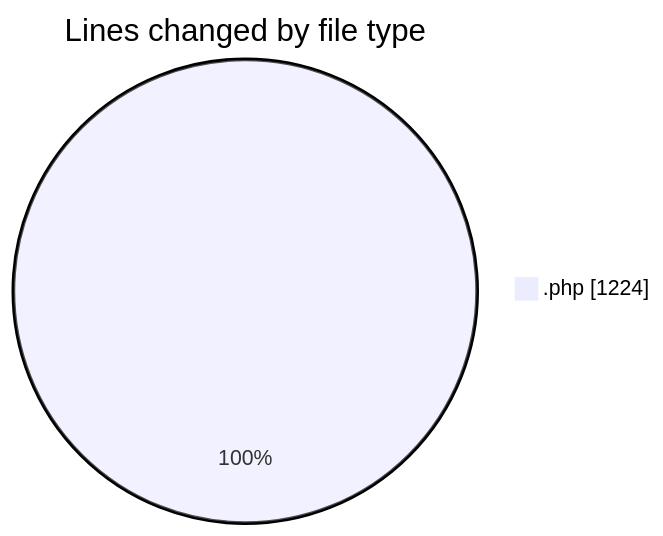
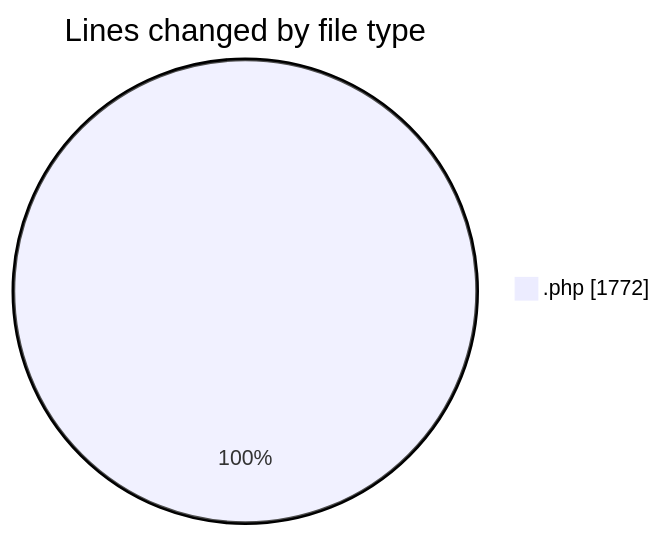
Before and after one commit to debugP/code-tracking: the first of 2 diagrams in 2025-10-07/untitled__workspace_/README.md, drawn with Mermaid. The commit also changed other lines of this file and 1 other file, not shown here.

````diff
--- a/2025-10-07/untitled__workspace_/README.md
+++ b/2025-10-07/untitled__workspace_/README.md
@@ -20,5 +21,5 @@
 ```mermaid
 pie showData
 title Lines changed by file type
-".php" : 1224
+".php" : 1772
 ```
````
